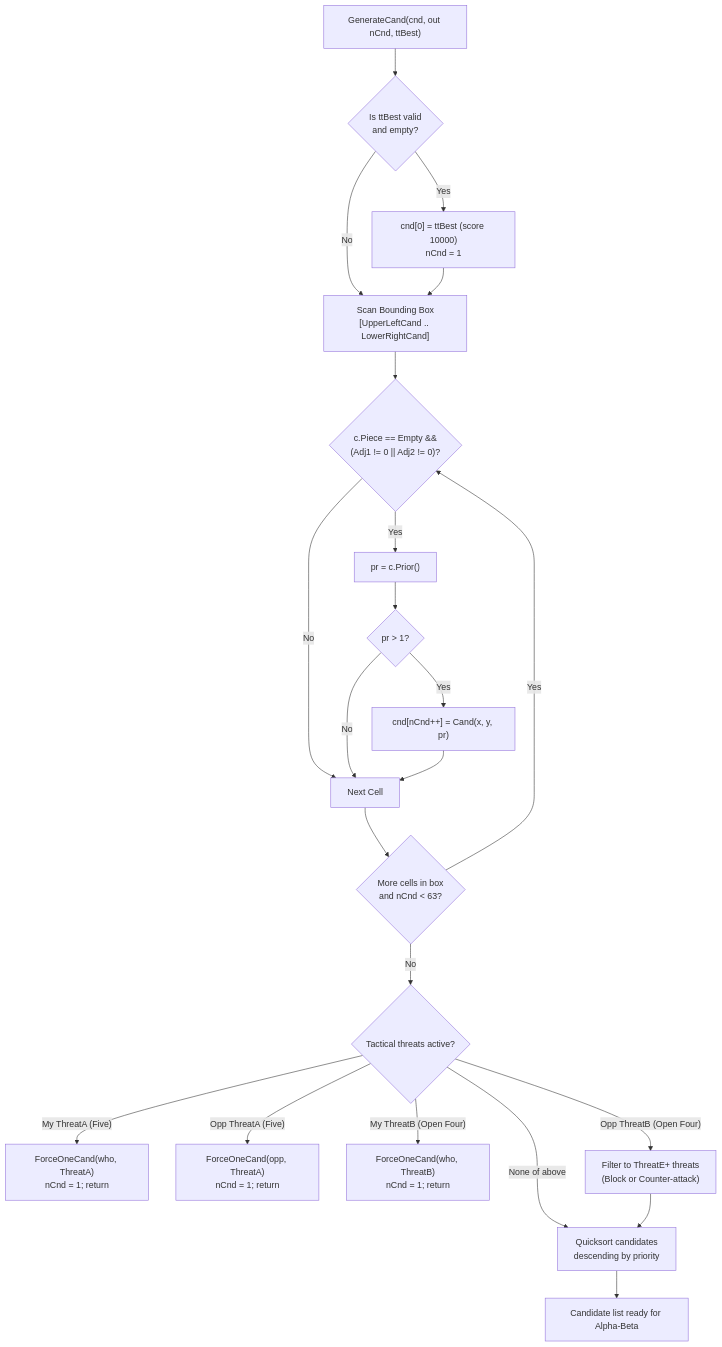
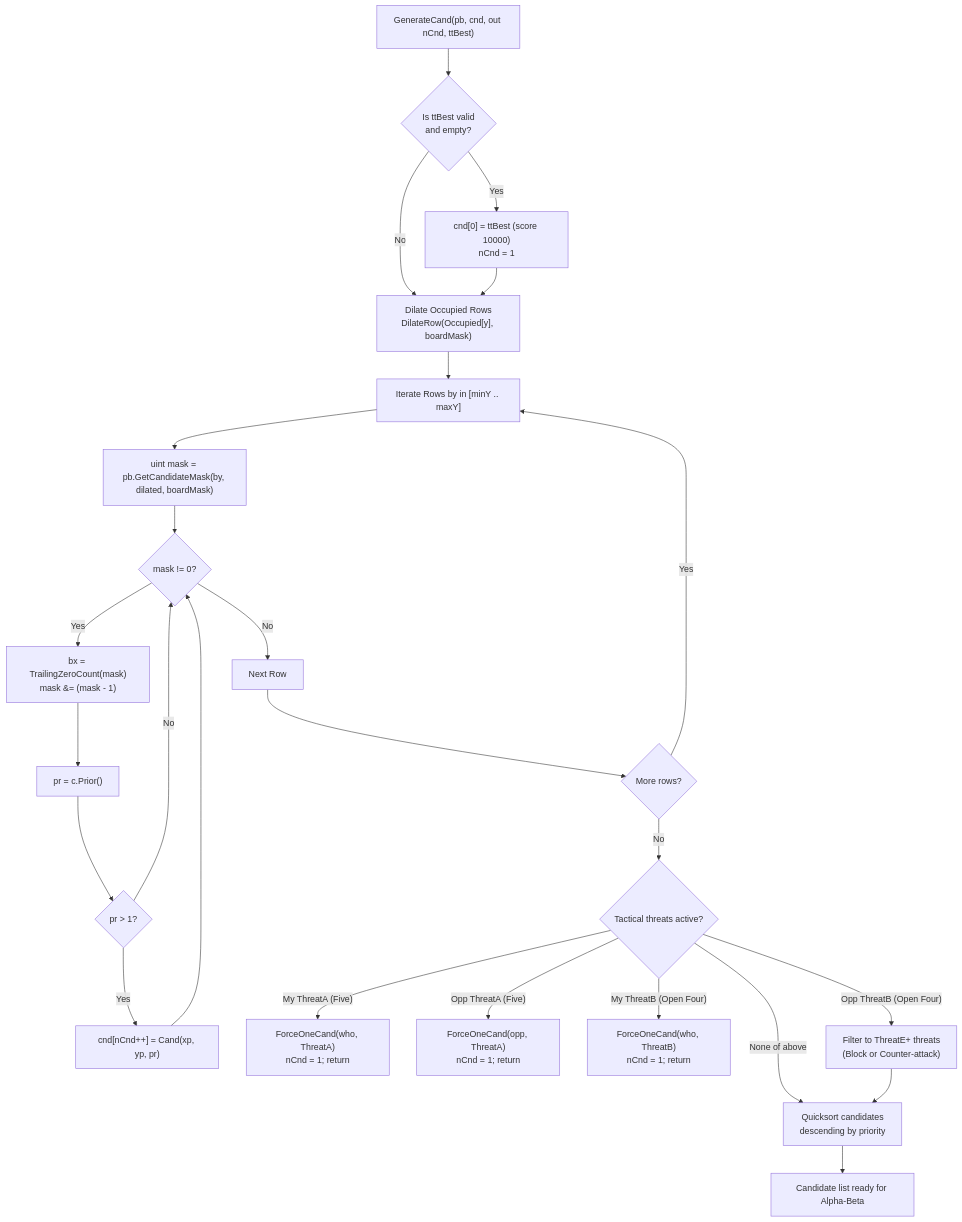
One commit to cjp-dev/Gomoku changed the diagram in docs/brain/06-move-generation-and-ordering.md. Above: the diagram before and after it, drawn with Mermaid. The commit also changed other lines of this file and 18 other files, not shown here.

````diff
--- a/docs/brain/06-move-generation-and-ordering.md
+++ b/docs/brain/06-move-generation-and-ordering.md
@@ -20,26 +21,29 @@
 ```mermaid
 flowchart TD
-    Start["GenerateCand(cnd, out nCnd, ttBest)"] --> TT{"Is ttBest valid<br/>and empty?"}
+    Start["GenerateCand(pb, cnd, out nCnd, ttBest)"] --> TT{"Is ttBest valid<br/>and empty?"}
     TT -- "Yes" --> InsertTT["cnd[0] = ttBest (score 10000)<br/>nCnd = 1"]
-    TT -- "No" --> ScanBox["Scan Bounding Box<br/>[UpperLeftCand .. LowerRightCand]"]
-    InsertTT --> ScanBox
+    TT -- "No" --> Dilate["Dilate Occupied Rows<br/>DilateRow(Occupied[y], boardMask)"]
+    InsertTT --> Dilate
 
-    ScanBox --> AdjCheck{"c.Piece == Empty &amp;&amp;<br/>(Adj1 != 0 || Adj2 != 0)?"}
-    AdjCheck -- "No" --> NextCell["Next Cell"]
-    AdjCheck -- "Yes" --> CalcPrior["pr = c.Prior()"]
+    Dilate --> RowLoop["Iterate Rows by in [minY .. maxY]"]
+    RowLoop --> Mask["uint mask = pb.GetCandidateMask(by, dilated, boardMask)"]
+    Mask --> MaskCheck{"mask != 0?"}
+    MaskCheck -- "Yes" --> ExtractX["bx = TrailingZeroCount(mask)<br/>mask &amp;= (mask - 1)"]
+    ExtractX --> CalcPrior["pr = c.Prior()"]
     CalcPrior --> PrFilter{"pr &gt; 1?"}
-    PrFilter -- "Yes" --> AddCand["cnd[nCnd++] = Cand(x, y, pr)"]
-    PrFilter -- "No" --> NextCell
-    AddCand --> NextCell
-    NextCell --> MoreCells{"More cells in box<br/>and nCnd &lt; 63?"}
-    MoreCells -- "Yes" --> AdjCheck
-    MoreCells -- "No" --> ThreatCheck{"Tactical threats active?"}
+    PrFilter -- "Yes" --> AddCand["cnd[nCnd++] = Cand(xp, yp, pr)"]
+    PrFilter -- "No" --> MaskCheck
+    AddCand --> MaskCheck
+    MaskCheck -- "No" --> NextRow["Next Row"]
+    NextRow --> MoreRows{"More rows?"}
+    MoreRows -- "Yes" --> RowLoop
+    MoreRows -- "No" --> ThreatCheck{"Tactical threats active?"}
 
     ThreatCheck -- "My ThreatA (Five)" --> ForceMy5["ForceOneCand(who, ThreatA)<br/>nCnd = 1; return"]
     ThreatCheck -- "Opp ThreatA (Five)" --> ForceOpp5["ForceOneCand(opp, ThreatA)<br/>nCnd = 1; return"]
     ThreatCheck -- "My ThreatB (Open Four)" --> ForceMy4["ForceOneCand(who, ThreatB)<br/>nCnd = 1; return"]
     ThreatCheck -- "Opp ThreatB (Open Four)" --> Restrict4["Filter to ThreatE+ threats<br/>(Block or Counter-attack)"]
     ThreatCheck -- "None of above" --> Sort["Quicksort candidates<br/>descending by priority"]
     Restrict4 --> Sort
     Sort --> Done["Candidate list ready for Alpha-Beta"]
 ```
````
